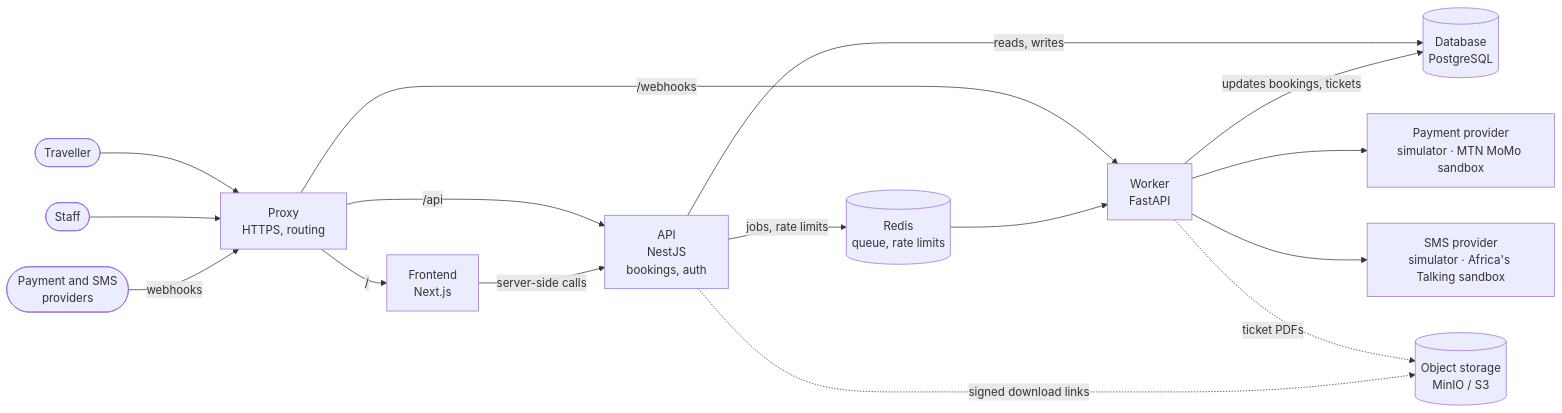
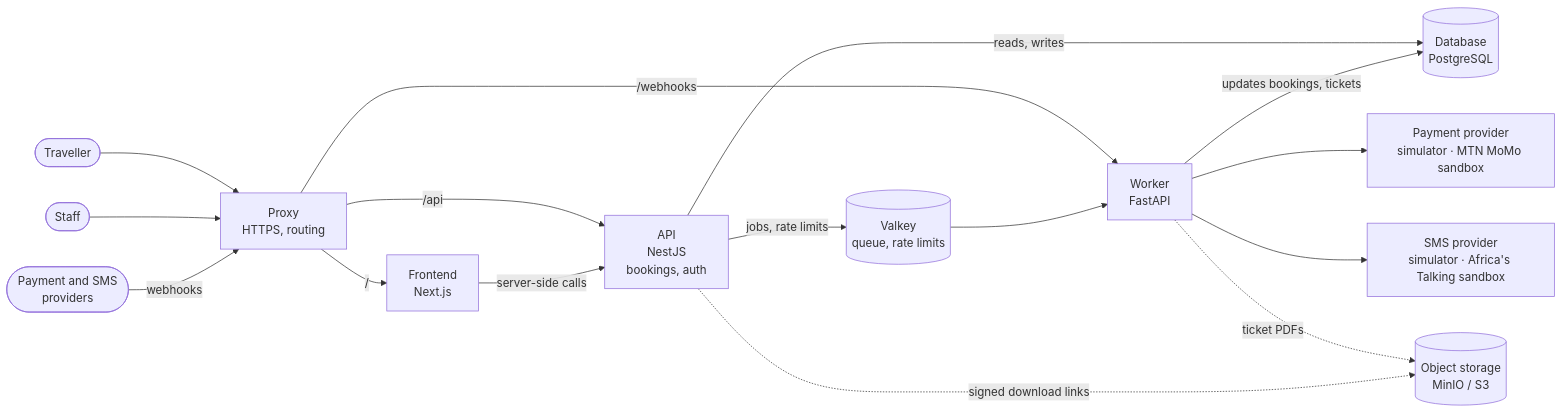
Before and after one commit to CREDO23/devops-lab: the third of 4 diagrams in docs/architecture/app.md, drawn with Mermaid. The commit also changed other lines of this file and 4 other files, not shown here.

Commit message:
docs: use Valkey instead of Redis (ADR-0009)

````diff
--- a/docs/architecture/app.md
+++ b/docs/architecture/app.md
@@ -168,18 +168,18 @@
 ```mermaid
 flowchart LR
     traveller([Traveller]) --> proxy[Proxy<br/>HTTPS, routing]
     staff([Staff]) --> proxy
     providers([Payment and SMS<br/>providers]) -->|webhooks| proxy
     proxy -->|/| web["Frontend<br/>Next.js"]
     proxy -->|/api| api["API<br/>NestJS<br/>bookings, auth"]
     proxy -->|/webhooks| worker["Worker<br/>FastAPI"]
     web -->|server-side calls| api
     api -->|reads, writes| db[("Database<br/>PostgreSQL")]
-    api -->|jobs, rate limits| queue[("Redis<br/>queue, rate limits")]
+    api -->|jobs, rate limits| queue[("Valkey<br/>queue, rate limits")]
     queue --> worker
     worker -->|updates bookings, tickets| db
     worker --> pay[Payment provider<br/>simulator · MTN MoMo sandbox]
     worker --> sms[SMS provider<br/>simulator · Africa's Talking sandbox]
     worker -.->|ticket PDFs| files[("Object storage<br/>MinIO / S3")]
     api -.->|signed download links| files
 ```
````
